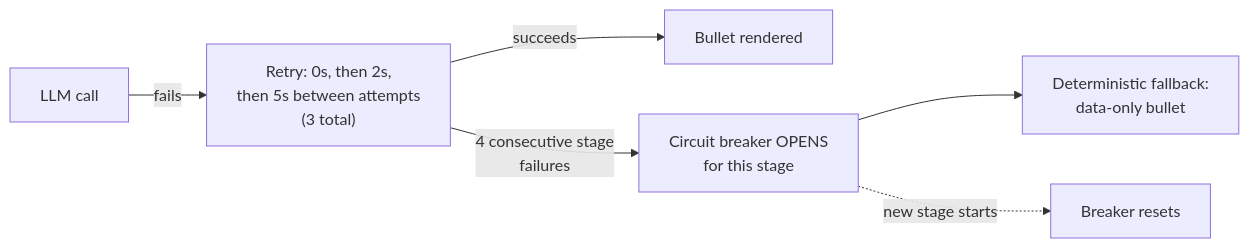
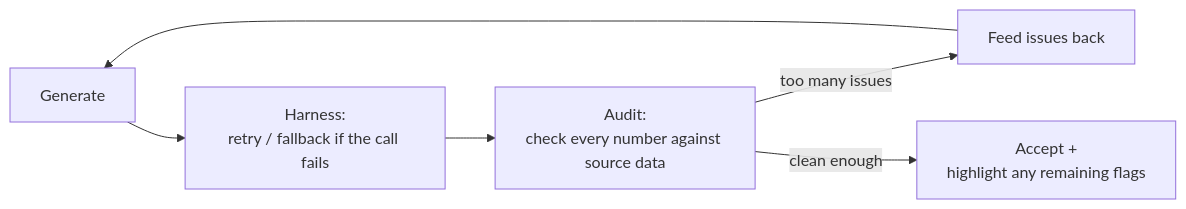
Before and after one commit to yutsang/python-pptx: the first of 2 diagrams in README.md, drawn with Mermaid. The commit also changed other lines of this file, not shown here.

First line of the commit message:
Simplify README: methodology-level only, drop parameter detail and Looking Ahead

````diff
--- a/README.md
+++ b/README.md
@@ -147,8 +111,8 @@
 ```mermaid
 flowchart LR
-    A["LLM call"] -->|fails| B["Retry: 0s, then 2s,<br/>then 5s between attempts<br/>(3 total)"]
-    B -->|succeeds| C["Bullet rendered"]
-    B -->|4 consecutive stage<br/>failures| D["Circuit breaker OPENS<br/>for this stage"]
-    D --> E["Deterministic fallback:<br/>data-only bullet"]
-    D -. new stage starts .-> F["Breaker resets"]
+    A[Generate] --> B["Harness:<br/>retry / fallback if the call fails"]
+    B --> C["Audit:<br/>check every number against source data"]
+    C -->|too many issues| D[Feed issues back]
+    D --> A
+    C -->|clean enough| E["Accept +<br/>highlight any remaining flags"]
 ```
````
